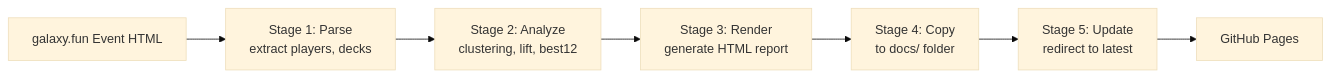
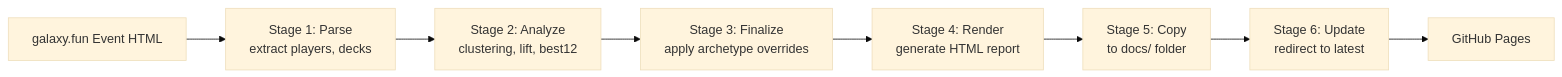
Before and after one commit to edmundlam/galaxy-stats: the diagram in README.md, drawn with Mermaid (base theme). The commit also changed other lines of this file and 1 other file, not shown here.

First line of the commit message:
docs :: update README and CLAUDE.md for finalize step in ETL pipeline

````diff
--- a/README.md
+++ b/README.md
@@ -20,9 +20,10 @@
 ```mermaid
 flowchart LR
     A[galaxy.fun Event HTML] --> B[Stage 1: Parse<br/>extract players, decks]
     B --> C[Stage 2: Analyze<br/>clustering, lift, best12]
-    C --> D[Stage 3: Render<br/>generate HTML report]
-    D --> E[Stage 4: Copy<br/>to docs/ folder]
-    E --> F[Stage 5: Update<br/>redirect to latest]
-    F --> G[GitHub Pages]
+    C --> D[Stage 3: Finalize<br/>apply archetype overrides]
+    D --> E[Stage 4: Render<br/>generate HTML report]
+    E --> F[Stage 5: Copy<br/>to docs/ folder]
+    F --> G[Stage 6: Update<br/>redirect to latest]
+    G --> H[GitHub Pages]
 ```
````
